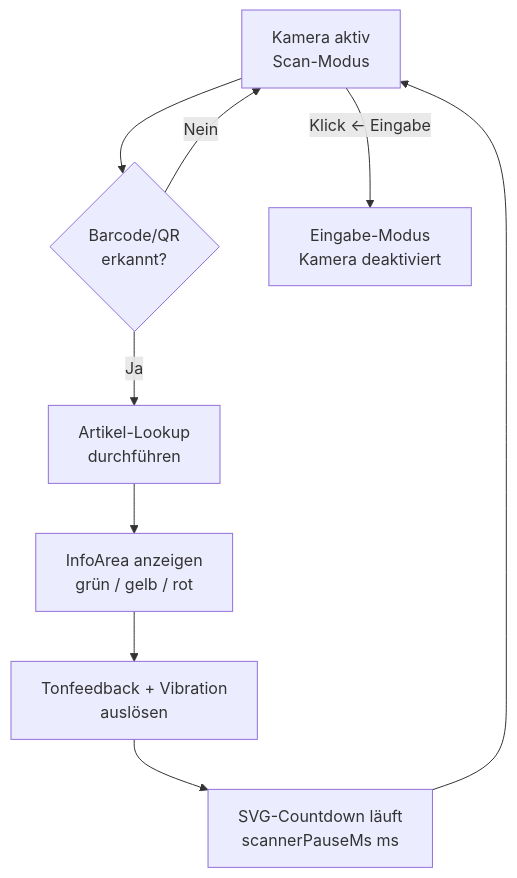
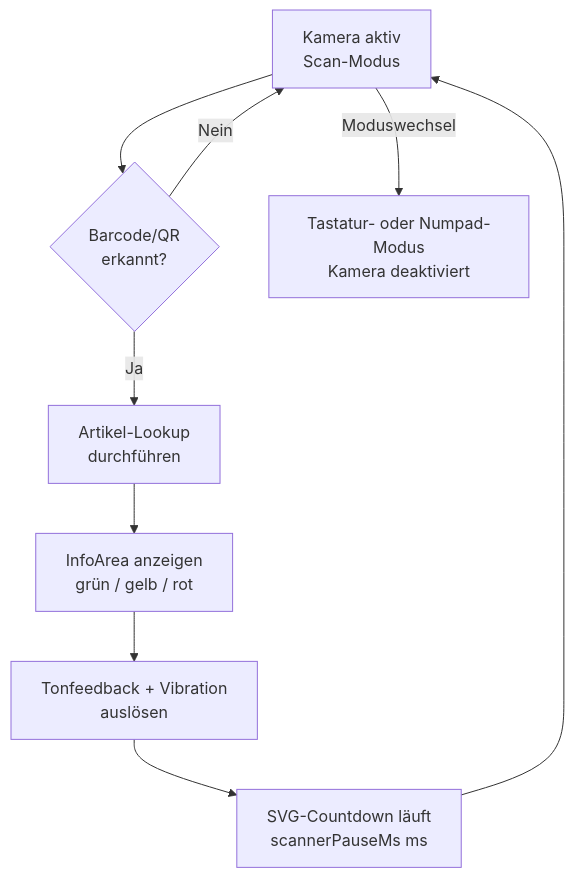
Before and after one commit to DeVesen/Bazaar3.0: the diagram in docs/requirements/bazaar-app/epics/Epic_Artikelannahme/stories/ANNAHME-S01-inline-camera-mode.md, drawn with Mermaid. The commit also changed other lines of this file, not shown here.

````diff
--- a/docs/requirements/bazaar-app/epics/Epic_Artikelannahme/stories/ANNAHME-S01-inline-camera-mode.md
+++ b/docs/requirements/bazaar-app/epics/Epic_Artikelannahme/stories/ANNAHME-S01-inline-camera-mode.md
@@ -85,11 +91,11 @@
 ```mermaid
 flowchart TD
     A[Kamera aktiv\nScan-Modus] --> B{Barcode/QR\nerkannt?}
     B -- Nein --> A
     B -- Ja --> C[Artikel-Lookup\ndurchführen]
     C --> D[InfoArea anzeigen\ngrün / gelb / rot]
     D --> E[Tonfeedback + Vibration\nauslösen]
     E --> F[SVG-Countdown läuft\nscannerPauseMs ms]
     F --> A
-    A -- Klick ← Eingabe --> G[Eingabe-Modus\nKamera deaktiviert]
+    A -- Moduswechsel --> G[Tastatur- oder Numpad-Modus\nKamera deaktiviert]
 ```
````
